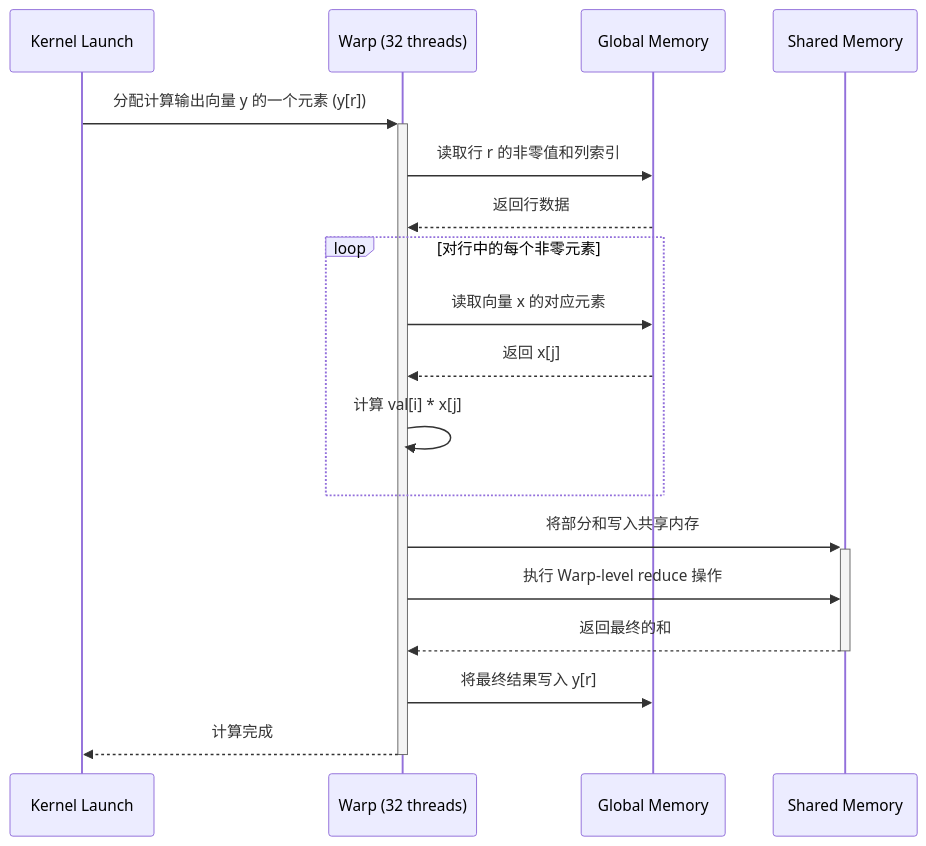
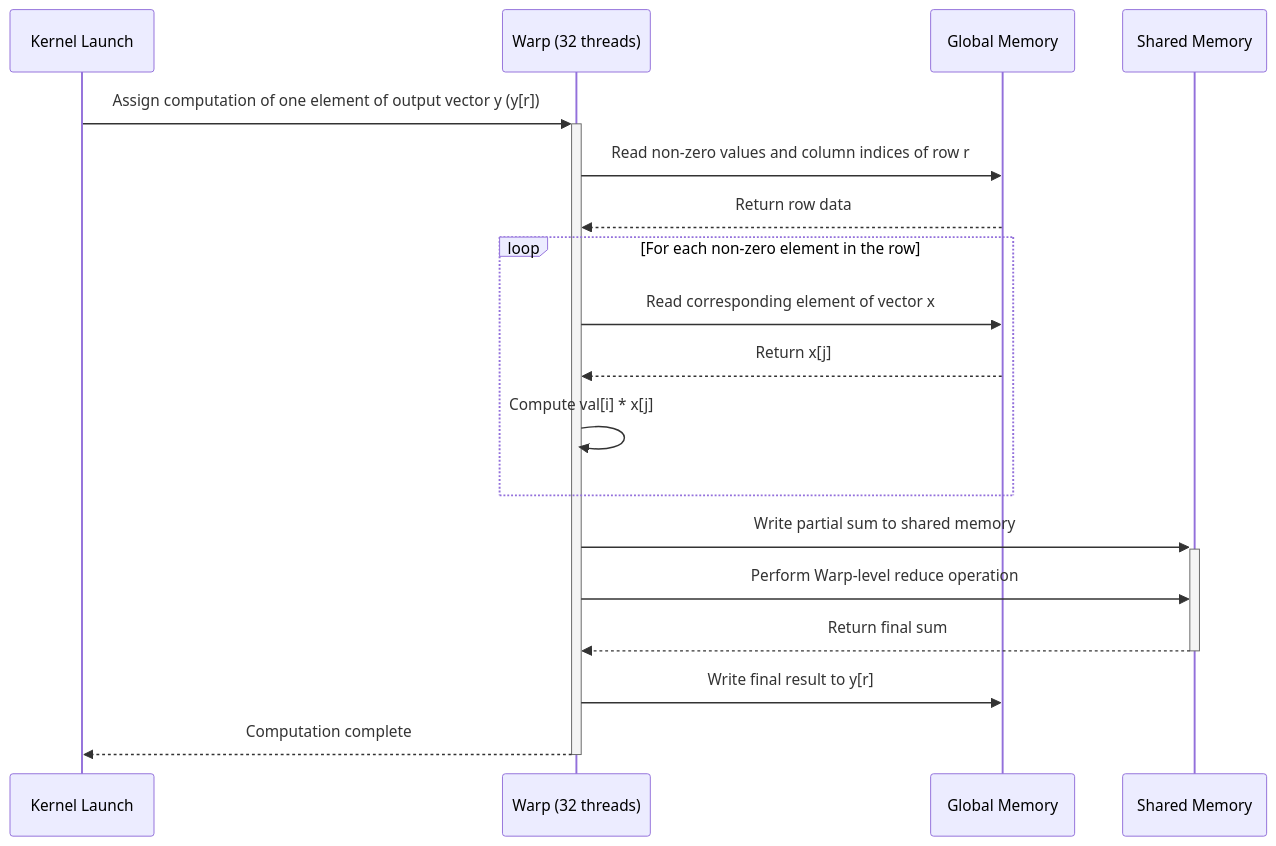
Before and after one commit to QiWu-NCIC/QiWu-KernelPerf: diagram 13 of 21 in KernelPerf/submissions/spmv/alphasparse/upstream/AlphasparseWiki .md, drawn with Mermaid. The commit also changed other lines of this file and 310 other files, not shown here.

````diff
--- a/KernelPerf/submissions/spmv/alphasparse/upstream/AlphasparseWiki .md
+++ b/KernelPerf/submissions/spmv/alphasparse/upstream/AlphasparseWiki .md
@@ -1185,21 +1185,21 @@
 ```mermaid
 sequenceDiagram
     participant Kernel as Kernel Launch
     participant Warp as Warp (32 threads)
     participant GlobalMemory as Global Memory
     participant SharedMemory as Shared Memory
 
-    Kernel->>+Warp: 分配计算输出向量 y 的一个元素 (y[r])
-    Warp->>GlobalMemory: 读取行 r 的非零值和列索引
-    GlobalMemory-->>Warp: 返回行数据
-    loop 对行中的每个非零元素
-        Warp->>GlobalMemory: 读取向量 x 的对应元素
-        GlobalMemory-->>Warp: 返回 x[j]
-        Warp->>Warp: 计算 val[i] * x[j]
+    Kernel->>+Warp: Assign computation of one element of output vector y (y[r])
+    Warp->>GlobalMemory: Read non-zero values and column indices of row r
+    GlobalMemory-->>Warp: Return row data
+    loop For each non-zero element in the row
+        Warp->>GlobalMemory: Read corresponding element of vector x
+        GlobalMemory-->>Warp: Return x[j]
+        Warp->>Warp: Compute val[i] * x[j]
     end
-    Warp->>+SharedMemory: 将部分和写入共享内存
-    Warp->>SharedMemory: 执行 Warp-level reduce 操作
-    SharedMemory-->>-Warp: 返回最终的和
-    Warp->>GlobalMemory: 将最终结果写入 y[r]
-    Warp-->>-Kernel: 计算完成
+    Warp->>+SharedMemory: Write partial sum to shared memory
+    Warp->>SharedMemory: Perform Warp-level reduce operation
+    SharedMemory-->>-Warp: Return final sum
+    Warp->>GlobalMemory: Write final result to y[r]
+    Warp-->>-Kernel: Computation complete
 ```
````
